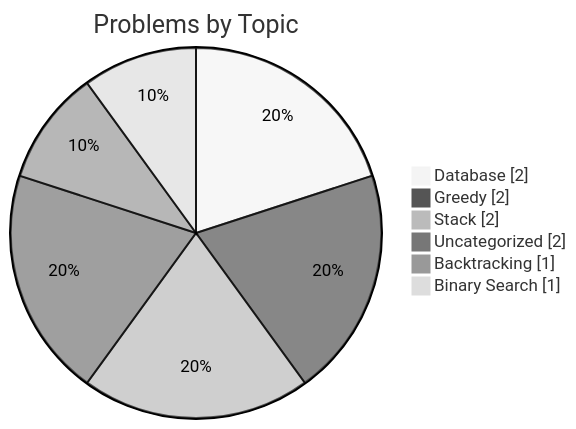
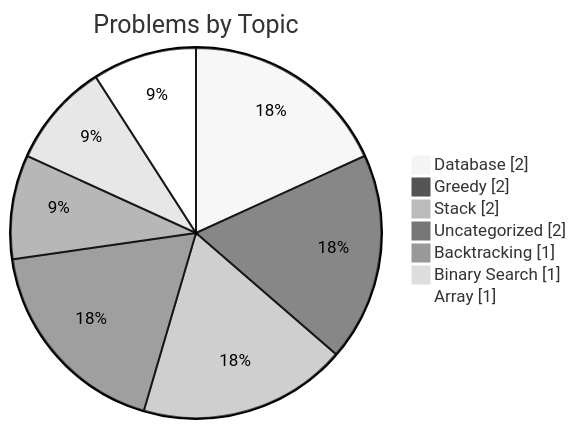
The second of 2 diagrams in README.md (samy-D5/Leetcode), drawn with Mermaid (neutral theme) before and after one commit. The commit also changed other lines of this file, not shown here.

````diff
--- a/README.md
+++ b/README.md
@@ -27,9 +27,10 @@
 ```mermaid
 pie showData title Problems by Topic
     "Database" : 2
     "Greedy" : 2
     "Stack" : 2
     "Uncategorized" : 2
     "Backtracking" : 1
     "Binary Search" : 1
+    "Array" : 1
 ```
````
